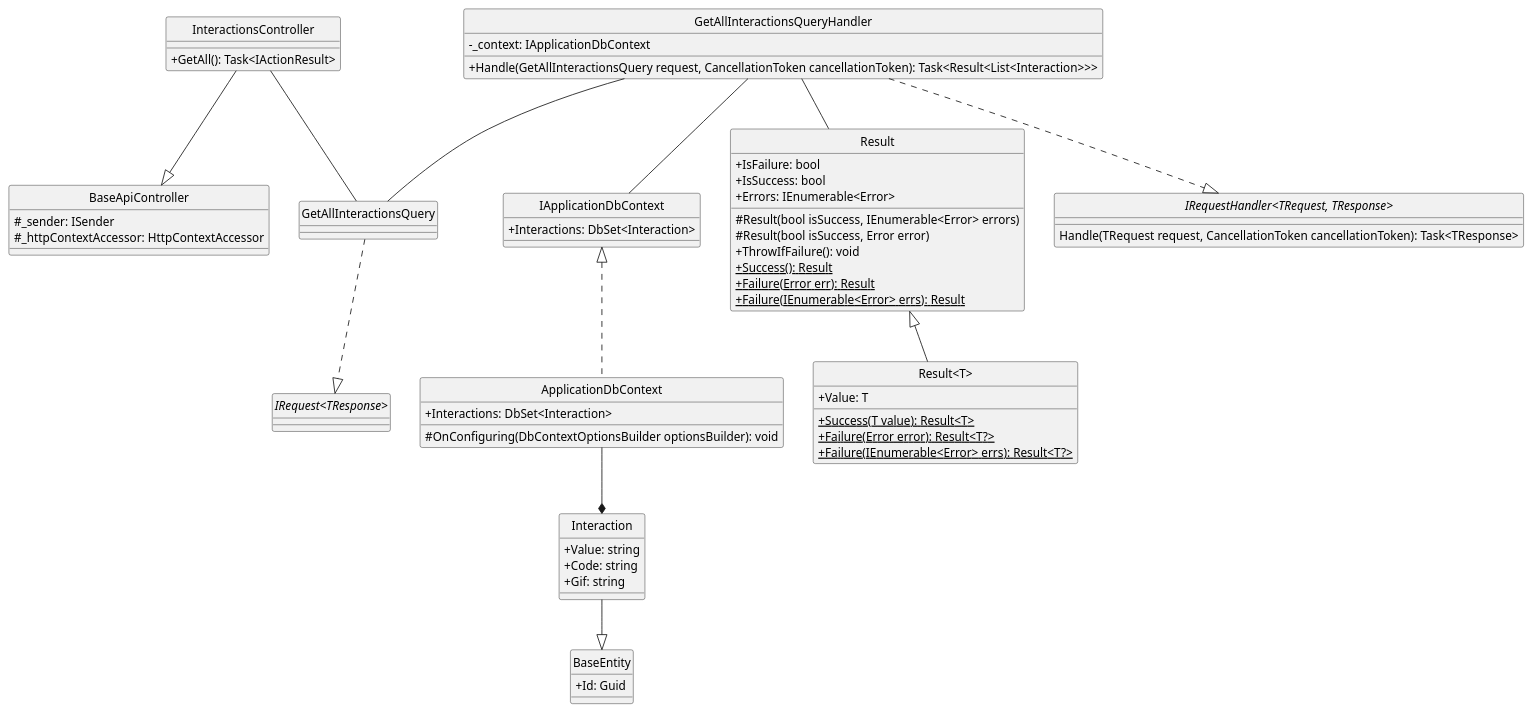
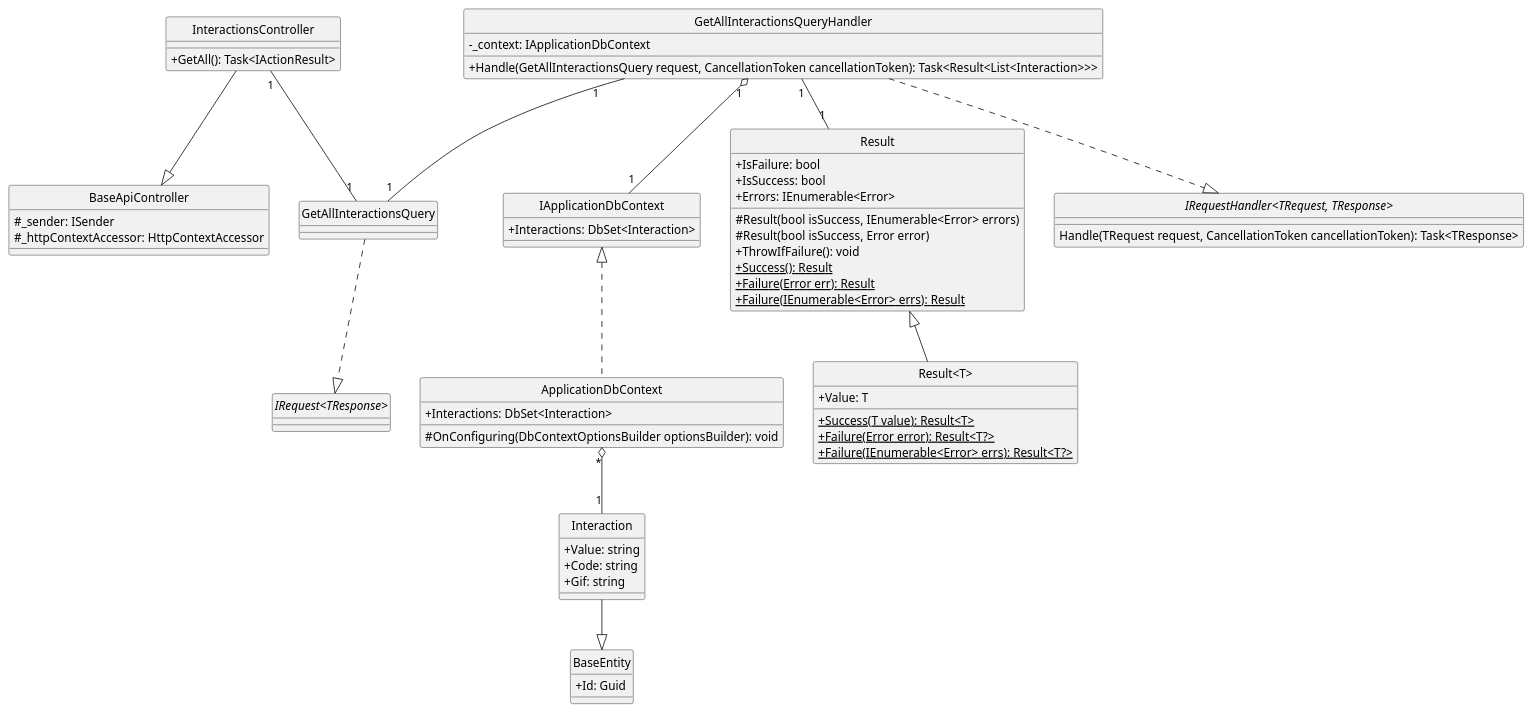
The diagram in docs/Class Diagram/Post/Interactions/GetAllInteraction/ClassDiagram.plantuml (Carl-Johnsons/Chat-Application), drawn with PlantUML before and after one commit. The commit also changed 21 other files, not shown here.

```diff
--- a/docs/Class Diagram/Post/Interactions/GetAllInteraction/ClassDiagram.plantuml
+++ b/docs/Class Diagram/Post/Interactions/GetAllInteraction/ClassDiagram.plantuml
@@ -1,81 +1,81 @@
 @startuml GetAllInteractions
 hide circle
 skinparam classAttributeIconSize 0
 
 class BaseApiController {
     #_sender: ISender
     #_httpContextAccessor: HttpContextAccessor
 }
 
 class InteractionsController {
     +GetAll(): Task<IActionResult>
 }
 
 class GetAllInteractionsQuery {
 }
 
 class GetAllInteractionsQueryHandler {
     -_context: IApplicationDbContext
     +Handle(GetAllInteractionsQuery request, CancellationToken cancellationToken): Task<Result<List<Interaction>>>
 }
 
 class IApplicationDbContext {
     +Interactions: DbSet<Interaction>
 }
 
 class ApplicationDbContext {
     +Interactions: DbSet<Interaction>
     #OnConfiguring(DbContextOptionsBuilder optionsBuilder): void
 }
 
 class Result {
     +IsFailure: bool
     +IsSuccess: bool
     +Errors: IEnumerable<Error>
     #Result(bool isSuccess, IEnumerable<Error> errors)
     #Result(bool isSuccess, Error error)
     +ThrowIfFailure(): void
     +{static} Success(): Result 
     +{static} Failure(Error err): Result 
     +{static} Failure(IEnumerable<Error> errs): Result 
 }
 
 class "Result<T>" {
     +Value: T
     +{static} Success(T value): Result<T>
     +{static} Failure(Error error): Result<T?>
     +{static} Failure(IEnumerable<Error> errs): Result<T?>
 }
 
 class BaseEntity {
     +Id: Guid
 }
 
 class Interaction {
     +Value: string
     +Code: string
     +Gif: string
 }
 
 interface "IRequest<TResponse>"
 interface "IRequestHandler<TRequest, TResponse>"{
     Handle(TRequest request, CancellationToken cancellationToken): Task<TResponse>
 }
 
 '==== Delete Interaction ====
 'API Layer
 InteractionsController --|> BaseApiController
-InteractionsController -- GetAllInteractionsQuery
+InteractionsController "1"--"1" GetAllInteractionsQuery
 'Application Layer
 GetAllInteractionsQuery ..|> "IRequest<TResponse>"
 GetAllInteractionsQueryHandler ..|> "IRequestHandler<TRequest, TResponse>"
-GetAllInteractionsQueryHandler -- GetAllInteractionsQuery
-GetAllInteractionsQueryHandler -- Result
-GetAllInteractionsQueryHandler -- IApplicationDbContext
+GetAllInteractionsQueryHandler "1"--"1" GetAllInteractionsQuery
+GetAllInteractionsQueryHandler "1"--"1" Result
+GetAllInteractionsQueryHandler "1" o--"1" IApplicationDbContext
 'Domain Layer
 Result <|-- "Result<T>"
 Interaction --|> BaseEntity
 'Infrastructure Layer
 IApplicationDbContext <|.. ApplicationDbContext
-ApplicationDbContext --* Interaction
+ApplicationDbContext "*" o--"1" Interaction
 @enduml
```
